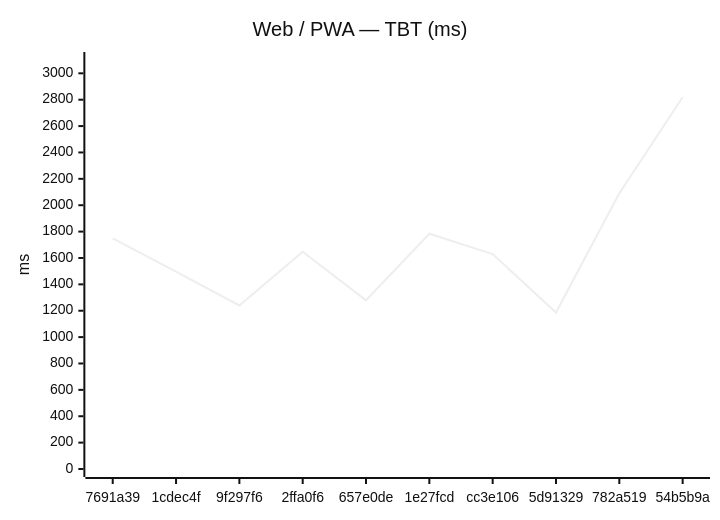
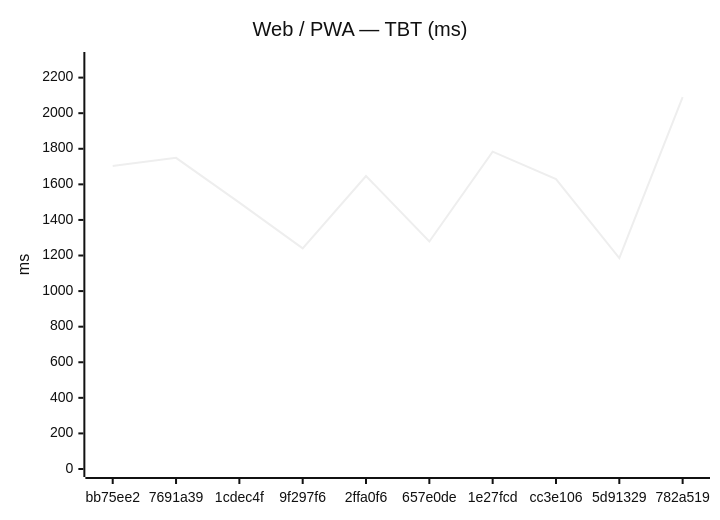
The second of 18 diagrams in benchmarks/compare.md (Metaheurist/Rianell), drawn with Mermaid (neutral theme) before and after one commit. The commit also changed other lines of this file and 11 other files, not shown here.

````diff
--- a/benchmarks/compare.md
+++ b/benchmarks/compare.md
@@ -31,7 +31,7 @@
 ```mermaid
 xychart-beta
     title "Web / PWA — TBT (ms)"
-    x-axis ["7691a39", "1cdec4f", "9f297f6", "2ffa0f6", "657e0de", "1e27fcd", "cc3e106", "5d91329", "782a519", "54b5b9a"]
-    y-axis "ms" 0 --> 3101
-    line [1749, 1497, 1240, 1647, 1279, 1784, 1630, 1186, 2090, 2819]
+    x-axis ["bb75ee2", "7691a39", "1cdec4f", "9f297f6", "2ffa0f6", "657e0de", "1e27fcd", "cc3e106", "5d91329", "782a519"]
+    y-axis "ms" 0 --> 2299
+    line [1703, 1749, 1497, 1240, 1647, 1279, 1784, 1630, 1186, 2090]
 ```
````
